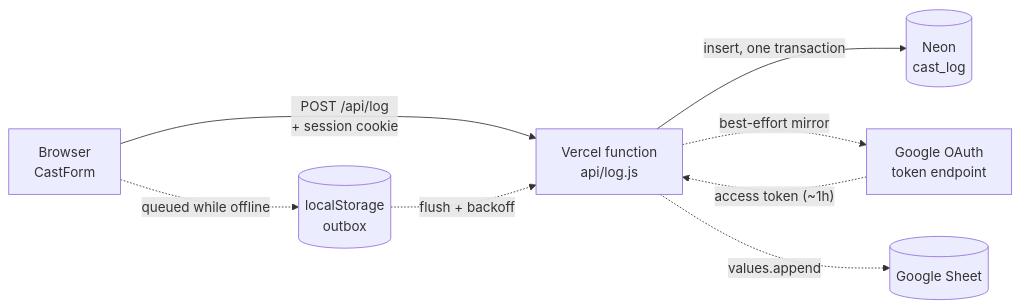
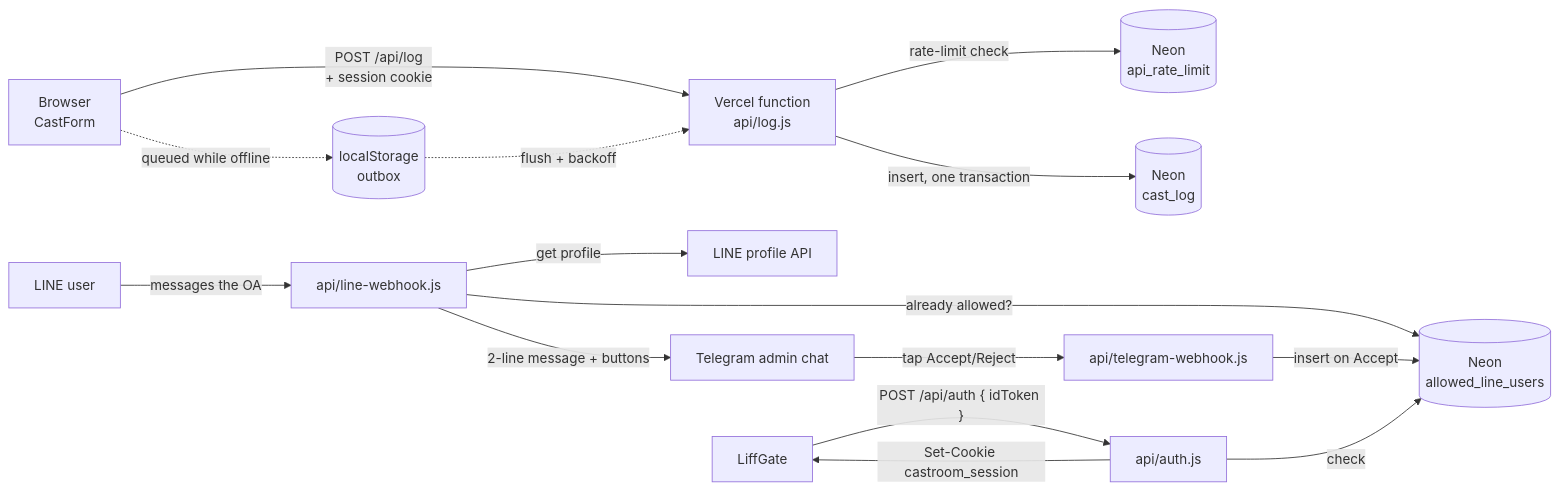
Before and after one commit to pongpoti/castroom: the first of 2 diagrams in docs/backend.md, drawn with Mermaid. The commit also changed other lines of this file and 21 other files, not shown here.

First line of the commit message:
Drop the Sheets mirror, add rate limiting, move the allowlist to Neon (#41)

````diff
--- a/docs/backend.md
+++ b/docs/backend.md
@@ -28,10 +31,19 @@
 ```mermaid
 flowchart LR
   A["Browser<br/>CastForm"] -->|"POST /api/log<br/>+ session cookie"| B["Vercel function<br/>api/log.js"]
   A -.->|"queued while offline"| Q[("localStorage<br/>outbox")]
   Q -.->|"flush + backoff"| B
+  B -->|"rate-limit check"| RL[("Neon<br/>api_rate_limit")]
   B -->|"insert, one transaction"| N[("Neon<br/>cast_log")]
-  B -.->|"best-effort mirror"| C["Google OAuth<br/>token endpoint"]
-  C -.->|"access token (~1h)"| B
-  B -.->|"values.append"| D[("Google Sheet")]
+
+  U["LINE user"] -->|"messages the OA"| LW["api/line-webhook.js"]
+  LW -->|"already allowed?"| AL[("Neon<br/>allowed_line_users")]
+  LW -->|"get profile"| LP["LINE profile API"]
+  LW -->|"2-line message + buttons"| TG["Telegram admin chat"]
+  TG -->|"tap Accept/Reject"| TW["api/telegram-webhook.js"]
+  TW -->|"insert on Accept"| AL
+
+  LF["LiffGate"] -->|"POST /api/auth { idToken }"| AU["api/auth.js"]
+  AU -->|"check"| AL
+  AU -->|"Set-Cookie castroom_session"| LF
 ```
````
